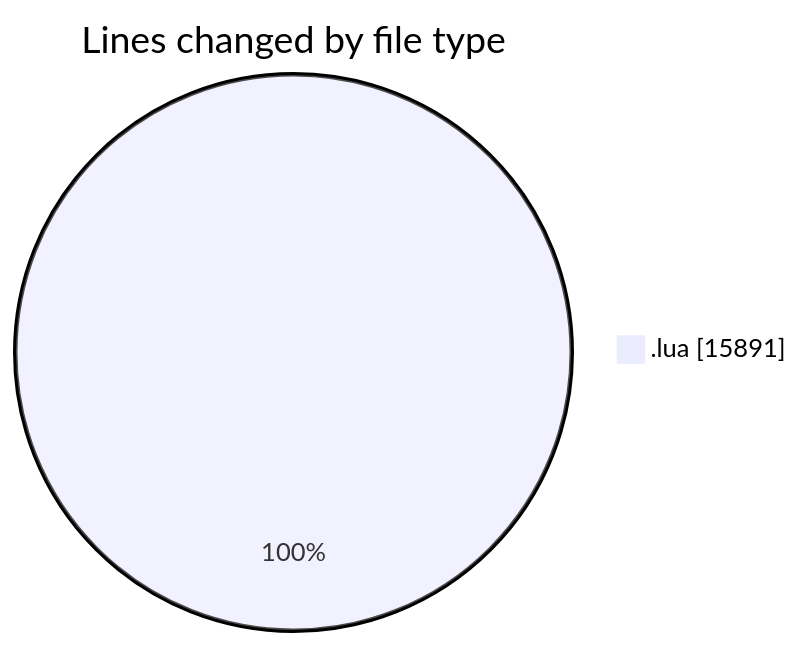
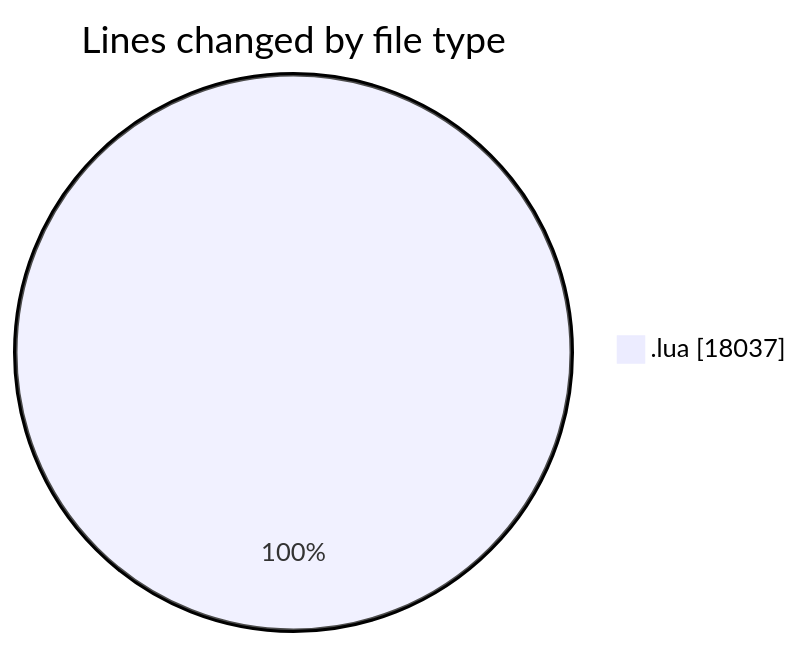
Before and after one commit to 3Nya3/code-tracking: the first of 2 diagrams in 2025-01-02/mods/README.md, drawn with Mermaid. The commit also changed other lines of this file and 1 other file, not shown here.

````diff
--- a/2025-01-02/mods/README.md
+++ b/2025-01-02/mods/README.md
@@ -20,5 +21,5 @@
 ```mermaid
 pie showData
 title Lines changed by file type
-".lua" : 15891
+".lua" : 18037
 ```
````
